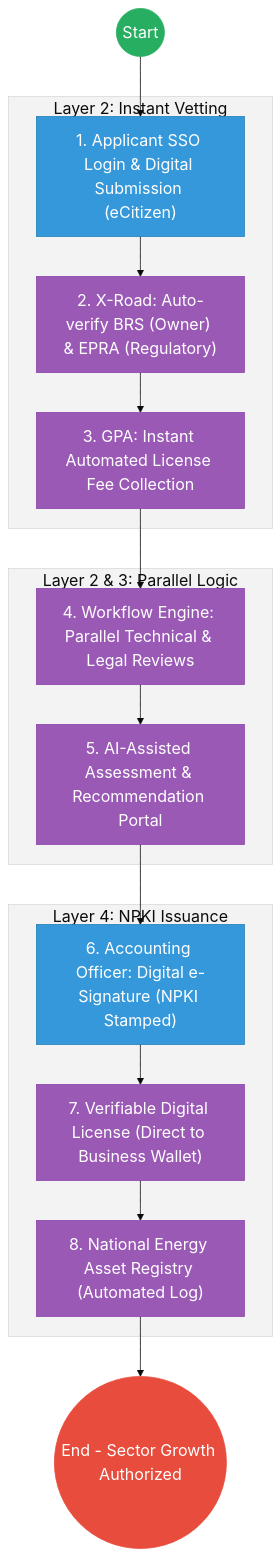
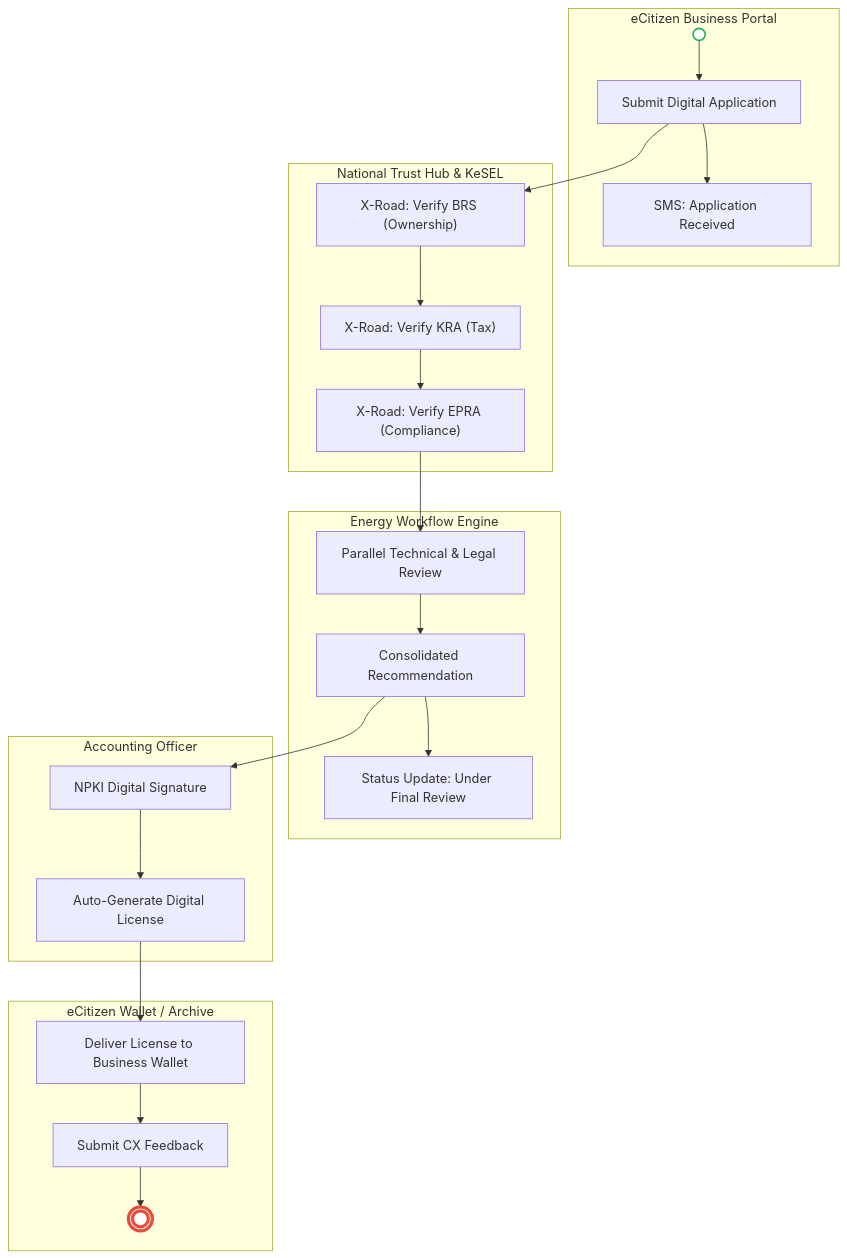
One commit to BITZ-IT-Consulting-LTD/ictapoc changed the second of 2 diagrams in mdas/docs_final/priority_mdas/Energy___Service_Delivery.md. Above: the diagram before and after it, drawn with Mermaid. The commit also changed other lines of this file and 90 other files, not shown here.

````diff
--- a/mdas/docs_final/priority_mdas/Energy___Service_Delivery.md
+++ b/mdas/docs_final/priority_mdas/Energy___Service_Delivery.md
@@ -111,33 +96,33 @@
 ```mermaid
-%%{init: { 'theme': 'base', 'themeVariables': { 'fontSize': '20px', 'fontFamily': 'Inter, system-ui, sans-serif', 'primaryColor': '#ffffff', 'edgeLabelBackground':'#ffffff', 'tertiaryColor': '#f3f3f3', 'mainBkg': '#ffffff', 'nodeBorder': '#333333' } } }%%
 flowchart TD
-    Start((Start)) --> Portal["1. Applicant SSO Login & Digital Submission (eCitizen)"]
-    
-    subgraph Trust_Hub["Layer 2: Instant Vetting"]
-        Portal --> Verify["2. X-Road: Auto-verify BRS (Owner) & EPRA (Regulatory)"]
-        Verify --> Payment["3. GPA: Instant Automated License Fee Collection"]
+    subgraph Portal["eCitizen Business Portal"]
+        Start_E((" ")) --> E1["Submit Digital Application"]
+        E1 --> S1["SMS: Application Received"]
     end
 
-    subgraph Operations["Layer 2 & 3: Parallel Logic"]
-        Payment --> Parallel["4. Workflow Engine: Parallel Technical & Legal Reviews"]
-        Parallel --> Recommend["5. AI-Assisted Assessment & Recommendation Portal"]
+    subgraph Trust_Hub["National Trust Hub & KeSEL"]
+        E1 --> V1["X-Road: Verify BRS (Ownership)"]
+        V1 --> V2["X-Road: Verify KRA (Tax)"]
+        V2 --> V3["X-Road: Verify EPRA (Compliance)"]
     end
 
-    subgraph Settlement["Layer 4: NPKI Issuance"]
-        Recommend --> NPKI["6. Accounting Officer: Digital e-Signature (NPKI Stamped)"]
-        NPKI --> Output["7. Verifiable Digital License (Direct to Business Wallet)"]
-        Output --> Archive["8. National Energy Asset Registry (Automated Log)"]
+    subgraph Workflow["Energy Workflow Engine"]
+        V3 --> T1["Parallel Technical & Legal Review"]
+        T1 --> T2["Consolidated Recommendation"]
+        T2 --> S2["Status Update: Under Final Review"]
     end
 
-    Archive --> EndProcess(("End - Sector Growth Authorized"))
+    subgraph Approval["Accounting Officer"]
+        T2 --> A1["NPKI Digital Signature"]
+        A1 --> A2["Auto-Generate Digital License"]
+    end
 
-    classDef start fill:#27ae60,stroke:#27ae60,color:#fff,font-size:20px;;
-    classDef endNode fill:#e74c3c,stroke:#e74c3c,color:#fff,font-size:20px;;
-    classDef userTask fill:#3498db,stroke:#2980b9,color:#fff,font-size:20px;;
-    classDef serviceTask fill:#9b59b6,stroke:#8e44ad,color:#fff,font-size:20px;;
-    
-    class Start start;
-    class EndProcess endNode;
-    class Portal,NPKI userTask;
-    class Verify,Payment,Parallel,Recommend,Output,Archive serviceTask;
+    subgraph Delivery["eCitizen Wallet / Archive"]
+        A2 --> D1["Deliver License to Business Wallet"]
+        D1 --> F1["Submit CX Feedback"]
+        F1 --> End_E(((" ")))
+    end
+
+    style Start_E fill:#fff,stroke:#27ae60,stroke-width:2px
+    style End_E fill:#fff,stroke:#e74c3c,stroke-width:4px
 ```
````
